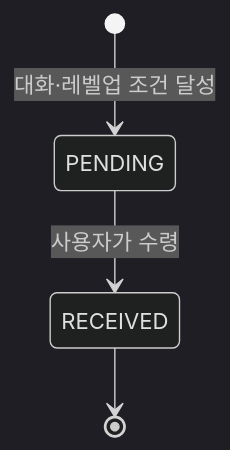
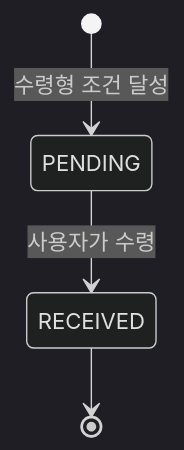
Before and after one commit to jiwon11/jiwon11.github.io: the sixth of 13 diagrams in _posts/2026-03-20-reward-creation-receipt-charge-responsibility.md, drawn with Mermaid (dark theme). The commit also changed other lines of this file and 9 other files, not shown here.

```diff
--- a/_posts/2026-03-20-reward-creation-receipt-charge-responsibility.md
+++ b/_posts/2026-03-20-reward-creation-receipt-charge-responsibility.md
@@ -259,6 +257,6 @@
 ~~~mermaid
 stateDiagram-v2
-    [*] --> PENDING: 대화·레벨업 조건 달성
+    [*] --> PENDING: 수령형 조건 달성
     PENDING --> RECEIVED: 사용자가 수령
     RECEIVED --> [*]
 ~~~
```
